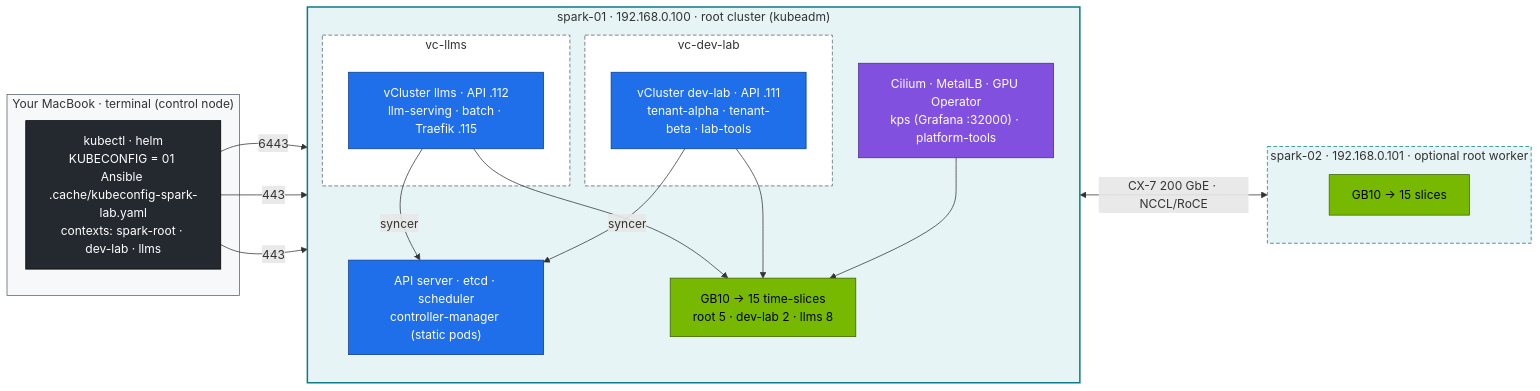
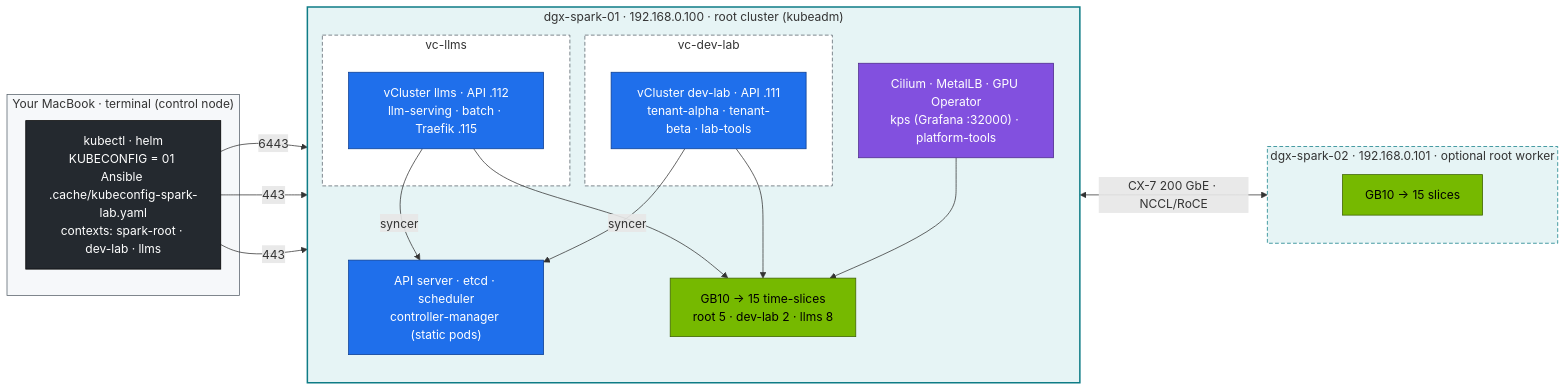
One commit to cloudone365/technical-depth changed the diagram in 02 Kubernetes/lab/README.md. Above: the diagram before and after it, drawn with Mermaid. The commit also changed other lines of this file and 88 other files, not shown here.

First line of the commit message:
Rename the Spark hosts to dgx-spark-01 / dgx-spark-02

````diff
--- a/02 Kubernetes/lab/README.md
+++ b/02 Kubernetes/lab/README.md
@@ -63,42 +63,42 @@
 ```mermaid
 flowchart LR
   subgraph CTL["Your MacBook · terminal (control node)"]
     K["kubectl · helm<br/>KUBECONFIG = 01 Ansible .cache/kubeconfig-spark-lab.yaml<br/>contexts: spark-root · dev-lab · llms"]
   end
-  subgraph S1["spark-01 · 192.168.0.100 · root cluster (kubeadm)"]
+  subgraph S1["dgx-spark-01 · 192.168.0.100 · root cluster (kubeadm)"]
     direction TB
     CP["API server · etcd · scheduler<br/>controller-manager (static pods)"]
     PL["Cilium · MetalLB · GPU Operator<br/>kps (Grafana :32000) · platform-tools"]
     subgraph VD["vc-dev-lab"]
       DV["vCluster dev-lab · API .111<br/>tenant-alpha · tenant-beta · lab-tools"]
     end
     subgraph VL["vc-llms"]
       LV["vCluster llms · API .112<br/>llm-serving · batch · Traefik .115"]
     end
     GPU["GB10 → 15 time-slices<br/>root 5 · dev-lab 2 · llms 8"]
   end
-  subgraph S2["spark-02 · 192.168.0.101 · optional root worker"]
+  subgraph S2["dgx-spark-02 · 192.168.0.101 · optional root worker"]
     G2["GB10 → 15 slices"]
   end
   K -->|6443| CP
   K -->|443| DV
   K -->|443| LV
   DV & LV -->|syncer| CP
   PL --> GPU
   DV & LV --> GPU
   S1 <-->|"CX-7 200 GbE · NCCL/RoCE"| S2
   classDef ctrl fill:#1f6feb,stroke:#0b3d91,color:#fff
   classDef gpu fill:#76b900,stroke:#3d6000,color:#000
   classDef net fill:#8250df,stroke:#4c2889,color:#fff
   classDef tenant fill:#eaeef2,stroke:#57606a,color:#000
   classDef ext fill:#24292f,stroke:#000,color:#fff
   class CP,DV,LV ctrl
   class GPU,G2 gpu
   class PL net
   class K ext
   style S1 fill:#e6f4f5,stroke:#0e7c86,stroke-width:2px
   style S2 fill:#e6f4f5,stroke:#0e7c86,stroke-dasharray:5 3
   style CTL fill:#f6f8fa,stroke:#57606a
   style VD fill:#ffffff,stroke:#57606a,stroke-dasharray:5 3
   style VL fill:#ffffff,stroke:#57606a,stroke-dasharray:5 3
 ```
````
